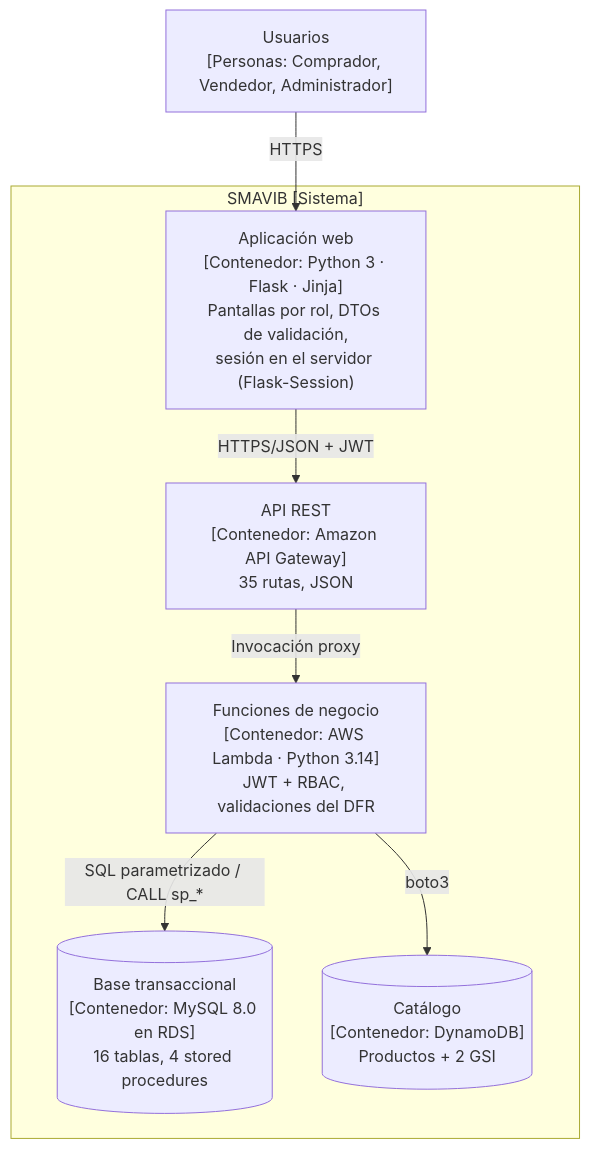
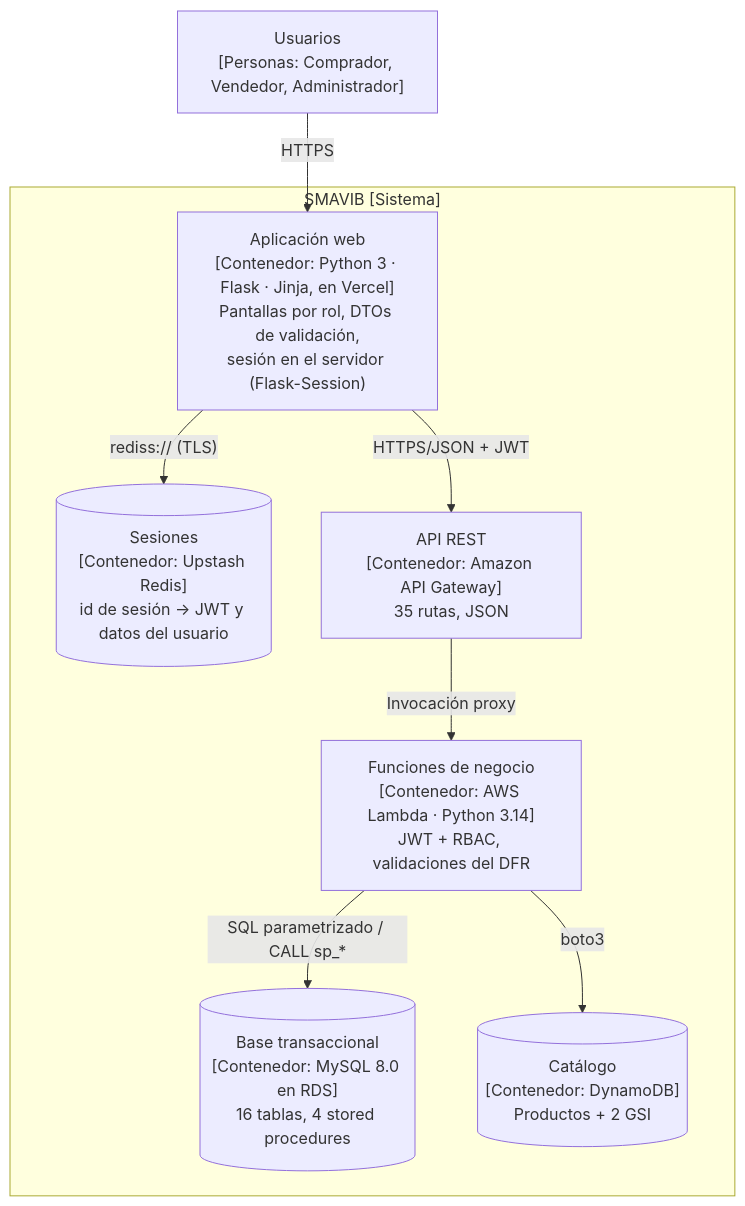
The third of 3 diagrams in docs/arquitectura.md (IanRT08/Optativa_1-Marketplace), drawn with Mermaid before and after one commit. The commit also changed other lines of this file and 8 other files, not shown here.

Commit message:
[BACKEND][FRONTEND] Pruebas en Python, CI para GitHub, configuracion para desplegar en Vercel

````diff
--- a/docs/arquitectura.md
+++ b/docs/arquitectura.md
@@ -74,16 +77,18 @@
 ```mermaid
 flowchart TB
     P["Usuarios<br/>[Personas: Comprador, Vendedor, Administrador]"]
     subgraph SMAVIB["SMAVIB [Sistema]"]
-        WEB["Aplicación web<br/>[Contenedor: Python 3 · Flask · Jinja]<br/>Pantallas por rol, DTOs de validación,<br/>sesión en el servidor (Flask-Session)"]
+        WEB["Aplicación web<br/>[Contenedor: Python 3 · Flask · Jinja, en Vercel]<br/>Pantallas por rol, DTOs de validación,<br/>sesión en el servidor (Flask-Session)"]
+        SES[("Sesiones<br/>[Contenedor: Upstash Redis]<br/>id de sesión → JWT y datos del usuario")]
         API["API REST<br/>[Contenedor: Amazon API Gateway]<br/>35 rutas, JSON"]
         FN["Funciones de negocio<br/>[Contenedor: AWS Lambda · Python 3.14]<br/>JWT + RBAC, validaciones del DFR"]
         SQL[("Base transaccional<br/>[Contenedor: MySQL 8.0 en RDS]<br/>16 tablas, 4 stored procedures")]
         NOSQL[("Catálogo<br/>[Contenedor: DynamoDB]<br/>Productos + 2 GSI")]
     end
     P -- "HTTPS" --> WEB
+    WEB -- "rediss:// (TLS)" --> SES
     WEB -- "HTTPS/JSON + JWT" --> API
     API -- "Invocación proxy" --> FN
     FN -- "SQL parametrizado / CALL sp_*" --> SQL
     FN -- "boto3" --> NOSQL
 ```
````
